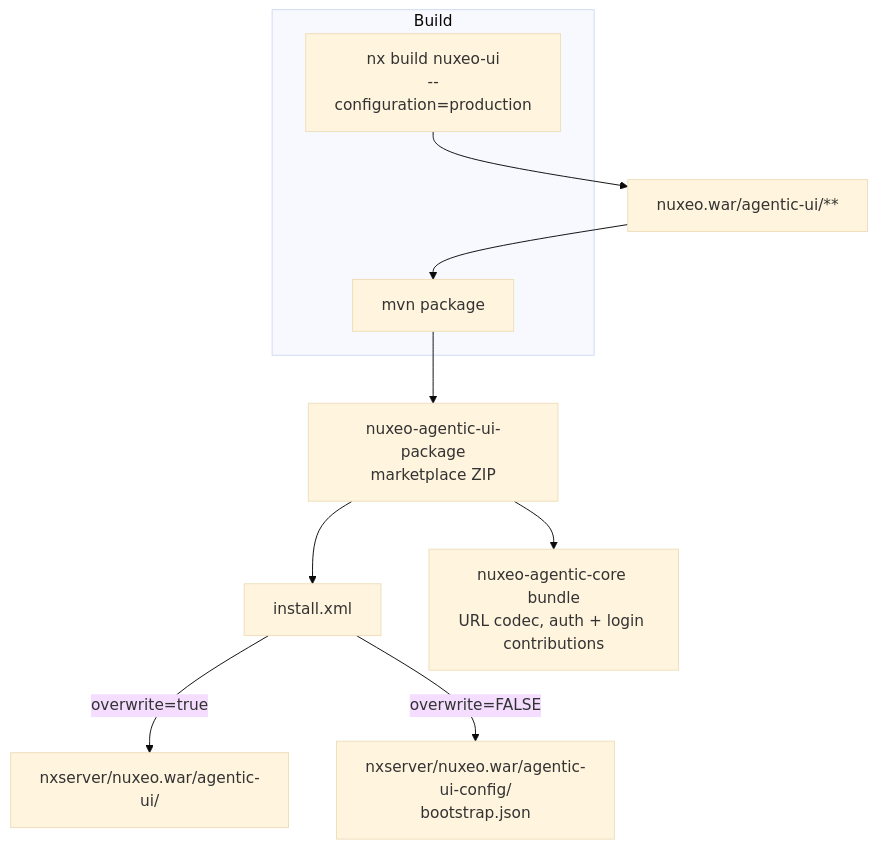
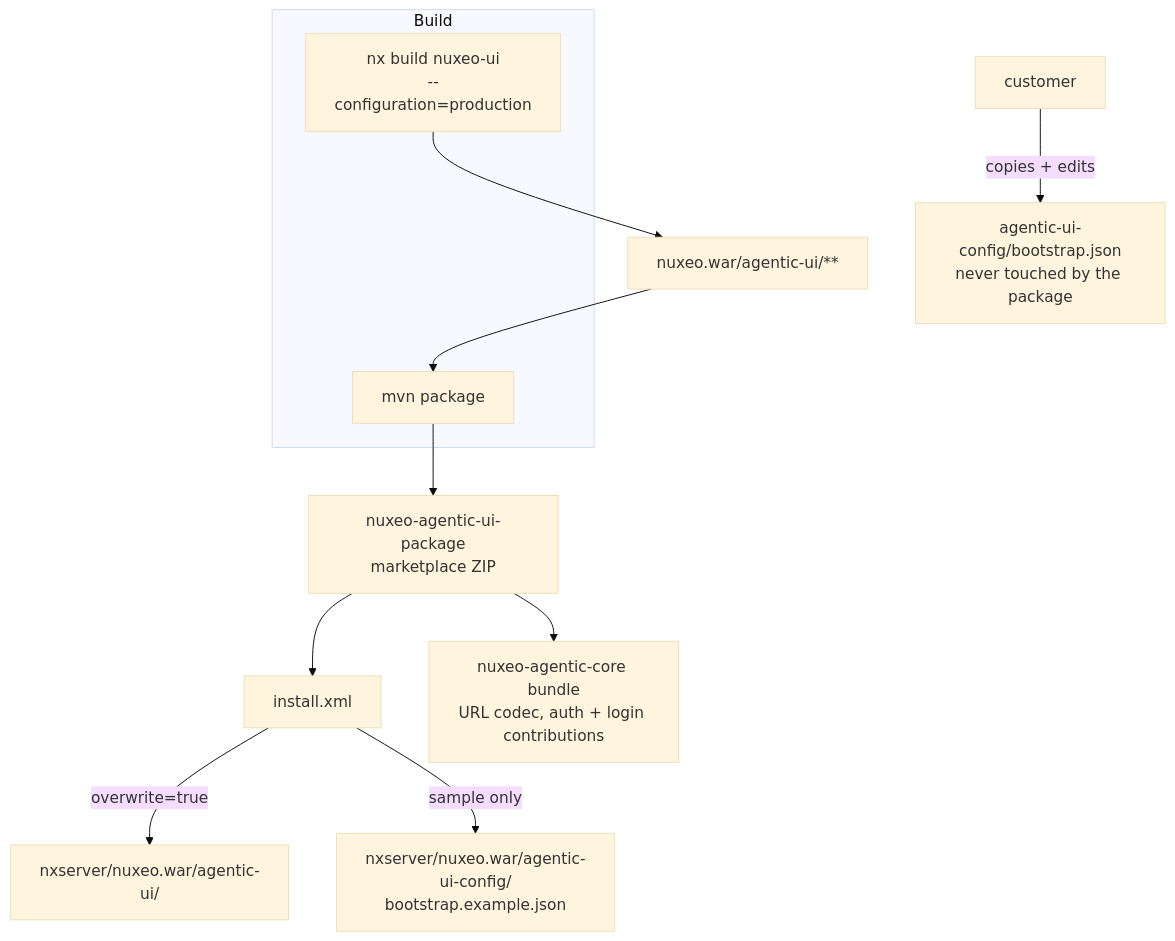
One commit to nuxeo/agentic-ui-poc changed the sixth of 7 diagrams in documentation/30-engineering/02-architecture.md. Above: the diagram before and after it, drawn with Mermaid (base theme). The commit also changed other lines of this file and 32 other files, not shown here.

````diff
--- a/documentation/30-engineering/02-architecture.md
+++ b/documentation/30-engineering/02-architecture.md
@@ -250,14 +250,15 @@
 ```mermaid
 flowchart TD
   subgraph build["Build"]
     ng["nx build nuxeo-ui<br/>--configuration=production"]
     mvn["mvn package"]
   end
   ng --> war["nuxeo.war/agentic-ui/**"]
   war --> mvn
   mvn --> pkg["nuxeo-agentic-ui-package<br/>marketplace ZIP"]
   pkg --> inst["install.xml"]
   inst -->|"overwrite=true"| app["nxserver/nuxeo.war/agentic-ui/"]
-  inst -->|"overwrite=FALSE"| cfg["nxserver/nuxeo.war/agentic-ui-config/<br/>bootstrap.json"]
+  inst -->|"sample only"| cfg["nxserver/nuxeo.war/agentic-ui-config/<br/>bootstrap.example.json"]
+  cust["customer"] -->|"copies + edits"| own["agentic-ui-config/bootstrap.json<br/>never touched by the package"]
   pkg --> core["nuxeo-agentic-core bundle<br/>URL codec, auth + login contributions"]
 ```
````
